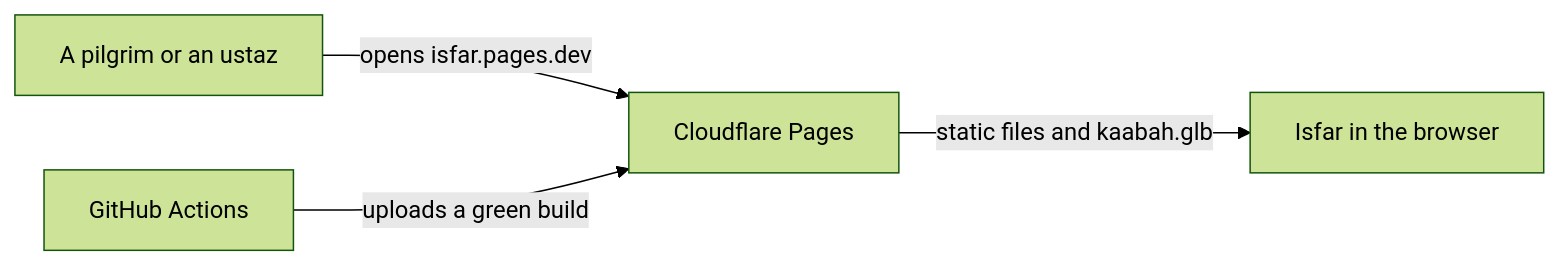
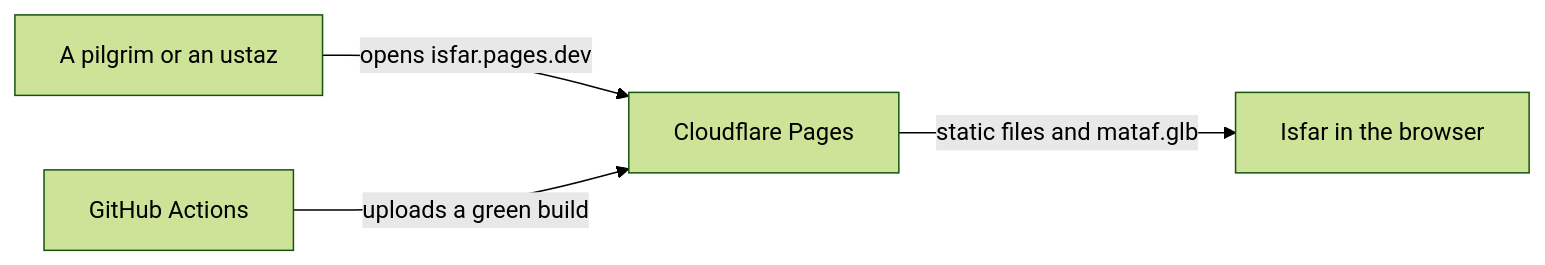
The first of 2 diagrams in docs/ARCHITECTURE.md (dzaffren/isfar), drawn with Mermaid (forest theme) before and after one commit. The commit also changed other lines of this file and 41 other files, not shown here.

````diff
--- a/docs/ARCHITECTURE.md
+++ b/docs/ARCHITECTURE.md
@@ -7,6 +7,6 @@
 ```mermaid
 flowchart LR
     PERSON[A pilgrim or an ustaz] -- "opens isfar.pages.dev" --> CF[Cloudflare Pages]
-    CF -- "static files and kaabah.glb" --> SITE[Isfar in the browser]
+    CF -- "static files and mataf.glb" --> SITE[Isfar in the browser]
     GH[GitHub Actions] -- "uploads a green build" --> CF
 ```
````
